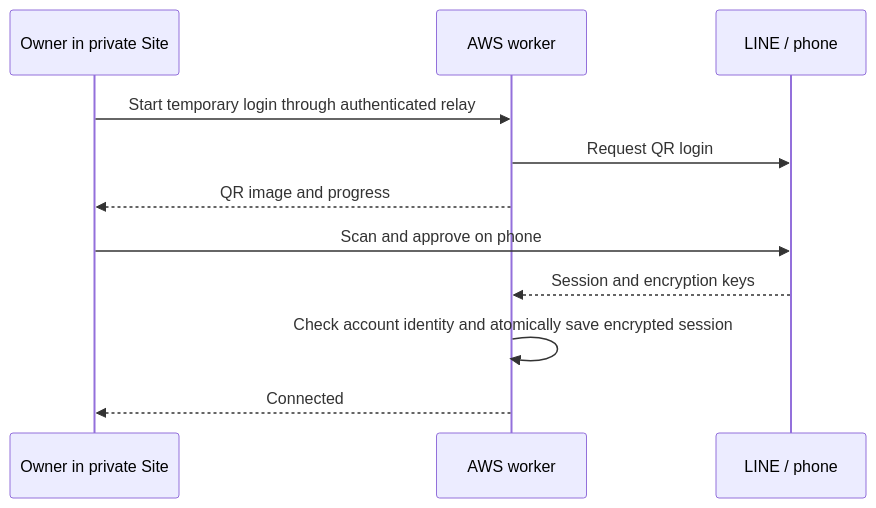
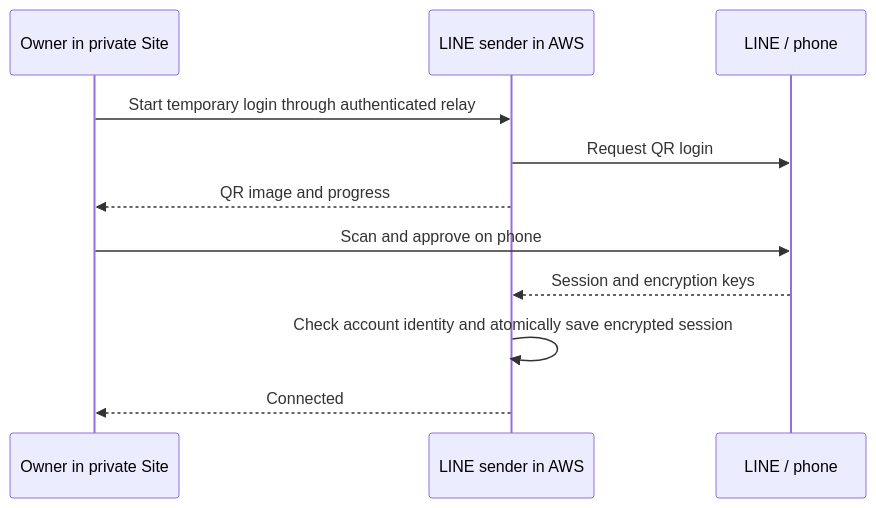
The diagram in docs/ARCHITECTURE.md (punnkrit/line-scheduler), drawn with Mermaid before and after one commit. The commit also changed other lines of this file and 9 other files, not shown here.

First line of the commit message:
docs: explain architecture through one scheduled message

````diff
--- a/docs/ARCHITECTURE.md
+++ b/docs/ARCHITECTURE.md
@@ -73,13 +108,13 @@
 ```mermaid
 sequenceDiagram
     participant Owner as Owner in private Site
-    participant AWS as AWS worker
+    participant AWS as LINE sender in AWS
     participant LINE as LINE / phone
     Owner->>AWS: Start temporary login through authenticated relay
     AWS->>LINE: Request QR login
     AWS-->>Owner: QR image and progress
     Owner->>LINE: Scan and approve on phone
     LINE-->>AWS: Session and encryption keys
     AWS->>AWS: Check account identity and atomically save encrypted session
     AWS-->>Owner: Connected
 ```
````
